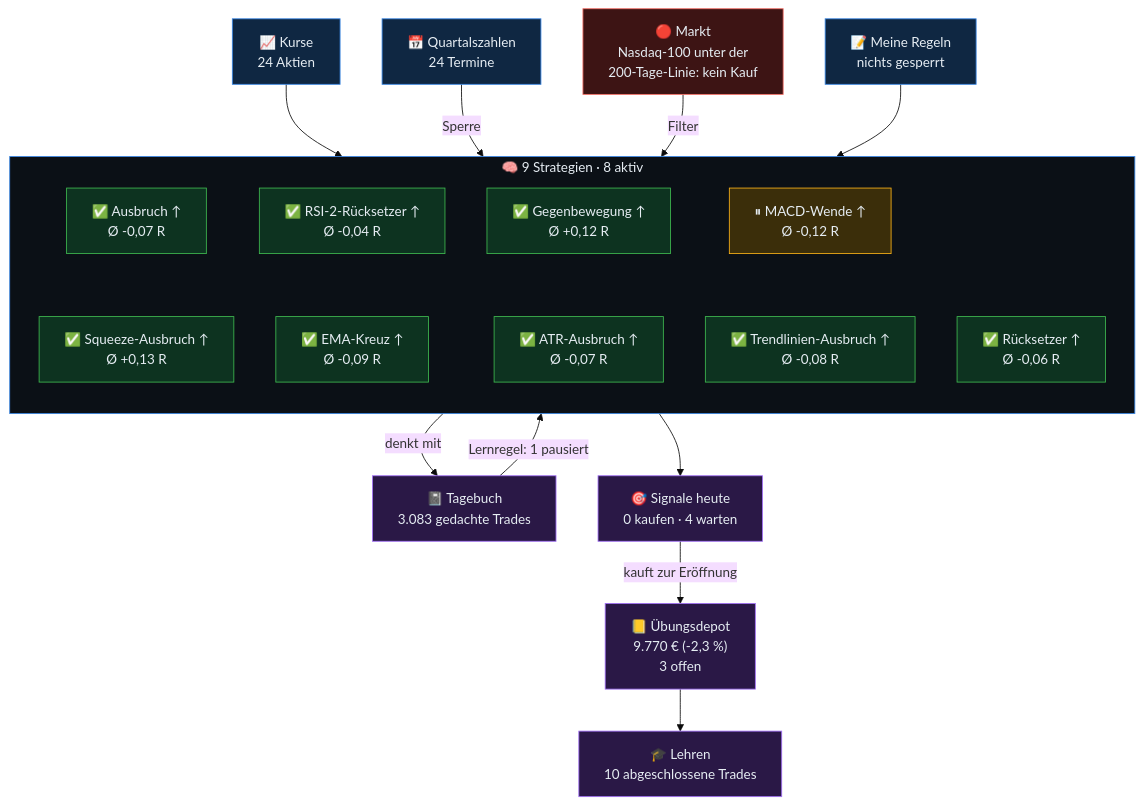
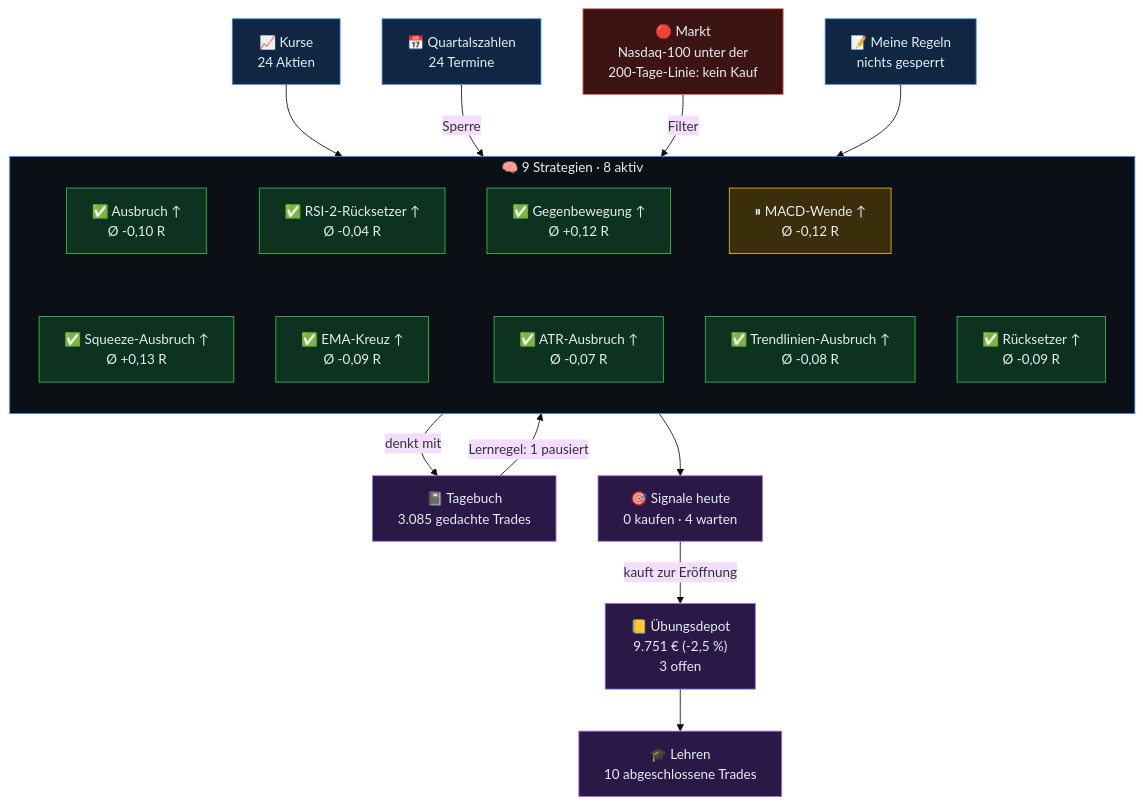
The diagram in gehirn/Start.md (sickingmalte-arch/Test-Bot), drawn with Mermaid (base theme) before and after one commit. The commit also changed other lines of this file and 12 other files, not shown here.

````diff
--- a/gehirn/Start.md
+++ b/gehirn/Start.md
@@ -9,48 +9,48 @@
 ```mermaid
 flowchart TB
   kurse["📈 Kurse<br/>24 Aktien"]
   termine["📅 Quartalszahlen<br/>24 Termine"]
   markt["🔴 Markt<br/>Nasdaq-100 unter der<br/>200-Tage-Linie: kein Kauf"]
   regeln["📝 Meine Regeln<br/>nichts gesperrt"]
   subgraph KERN["🧠 9 Strategien · 8 aktiv"]
     direction TB
-    s0["✅ Ausbruch ↑<br/>Ø -0,07 R"]
+    s0["✅ Ausbruch ↑<br/>Ø -0,10 R"]
     s1["✅ RSI-2-Rücksetzer ↑<br/>Ø -0,04 R"]
     s2["✅ Gegenbewegung ↑<br/>Ø +0,12 R"]
     s3["⏸ MACD-Wende ↑<br/>Ø -0,12 R"]
-    s4["✅ Rücksetzer ↑<br/>Ø -0,06 R"]
+    s4["✅ Rücksetzer ↑<br/>Ø -0,09 R"]
     s5["✅ Squeeze-Ausbruch ↑<br/>Ø +0,13 R"]
     s6["✅ EMA-Kreuz ↑<br/>Ø -0,09 R"]
     s7["✅ ATR-Ausbruch ↑<br/>Ø -0,07 R"]
     s8["✅ Trendlinien-Ausbruch ↑<br/>Ø -0,08 R"]
     s0 ~~~ s5
     s1 ~~~ s6
     s2 ~~~ s7
     s3 ~~~ s8
   end
-  tb["📓 Tagebuch<br/>3.083 gedachte Trades"]
+  tb["📓 Tagebuch<br/>3.085 gedachte Trades"]
   sig["🎯 Signale heute<br/>0 kaufen · 4 warten"]
-  depot["📒 Übungsdepot<br/>9.770 € (-2,3 %)<br/>3 offen"]
+  depot["📒 Übungsdepot<br/>9.751 € (-2,5 %)<br/>3 offen"]
   lehren["🎓 Lehren<br/>10 abgeschlossene Trades"]
   kurse --> KERN
   termine -->|Sperre| KERN
   markt -->|Filter| KERN
   regeln --> KERN
   KERN -->|denkt mit| tb
   tb -->|Lernregel: 1 pausiert| KERN
   KERN --> sig
   sig -->|kauft zur Eröffnung| depot
   depot --> lehren
   classDef ein fill:#0f2742,stroke:#3987e5,color:#e6edf3
   classDef rot fill:#3d1414,stroke:#f47067,color:#e6edf3
   classDef aktiv fill:#0d3320,stroke:#3fb950,color:#e6edf3
   classDef pausiert fill:#3b2e0a,stroke:#fab219,color:#e6edf3
   classDef aus fill:#22272e,stroke:#6e7681,color:#9ba7b4
   classDef aus2 fill:#2a1846,stroke:#a371f7,color:#e6edf3
   class kurse,termine,regeln ein
   class markt rot
   class tb,sig,depot,lehren aus2
   class s0,s1,s2,s4,s5,s6,s7,s8 aktiv
   class s3 pausiert
   style KERN fill:#0b1016,stroke:#3987e5,color:#e6edf3
 ```
````
